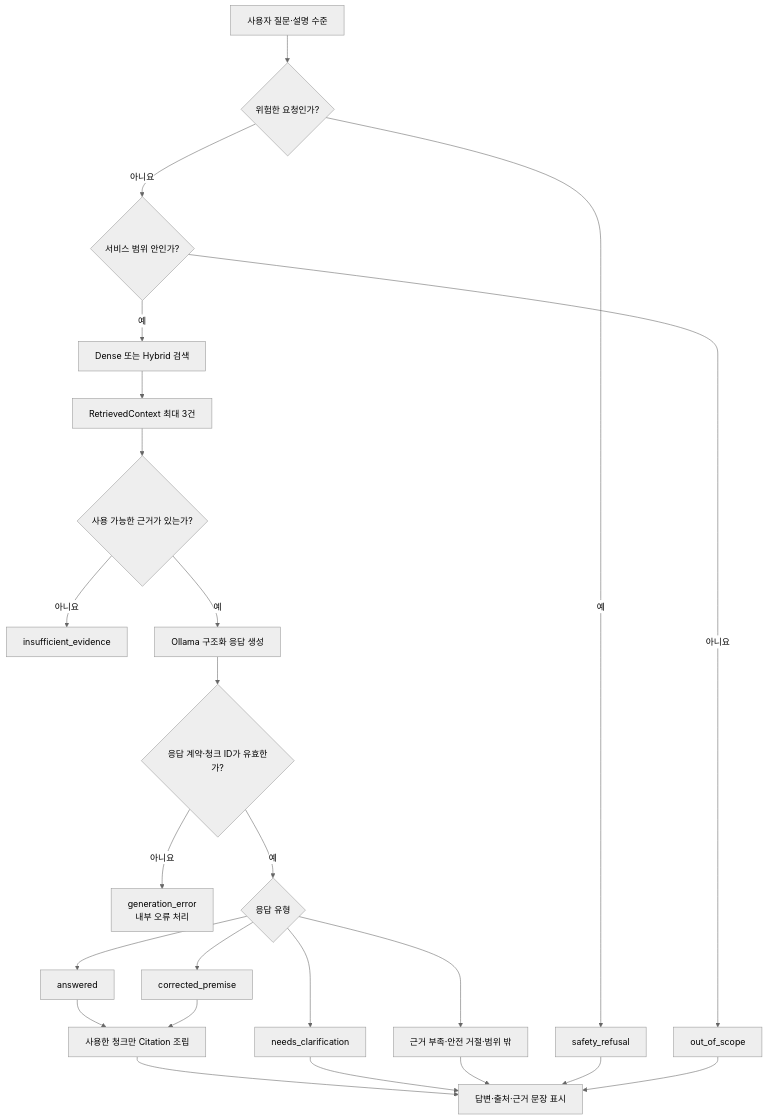
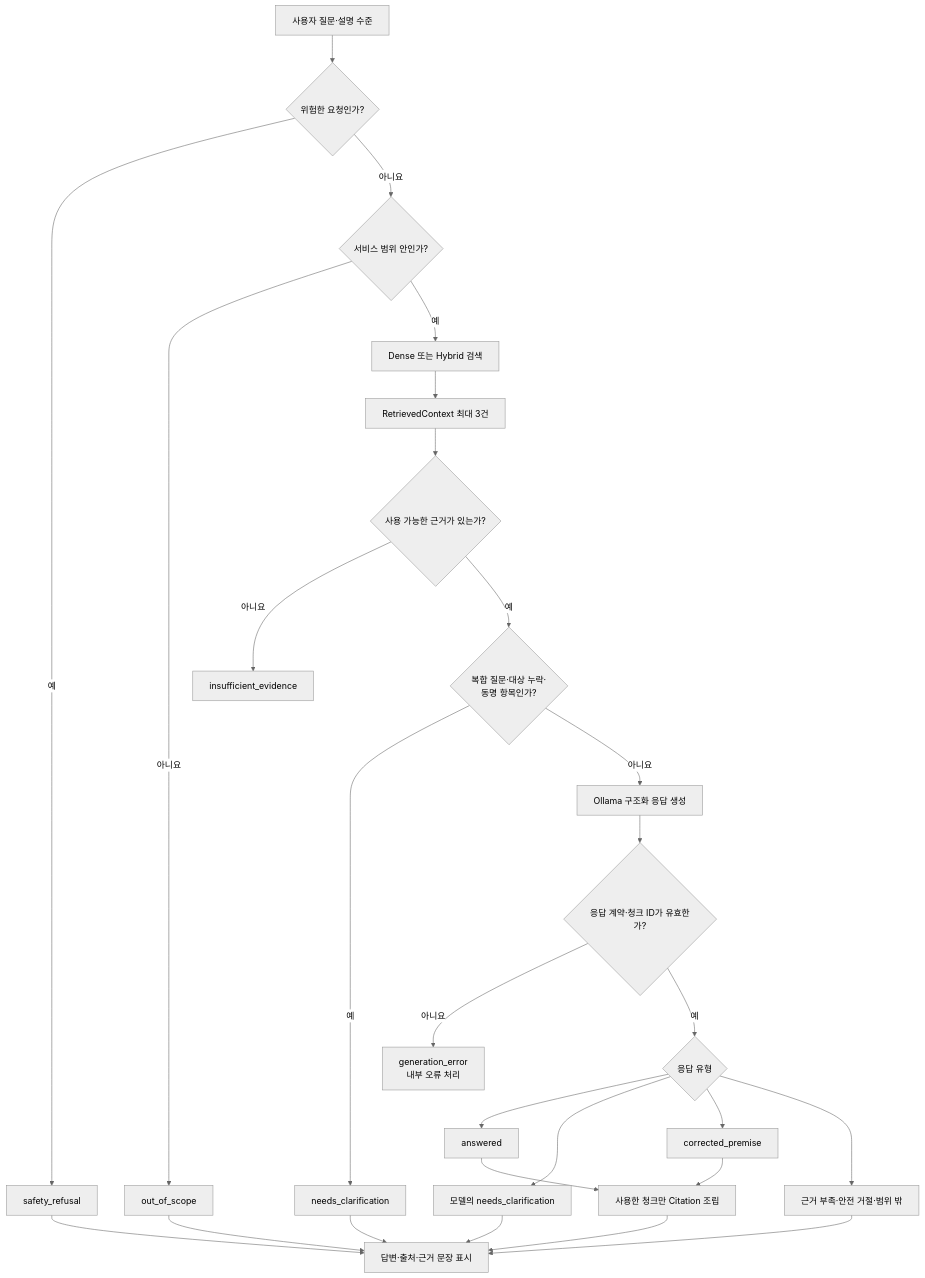
One commit to SpicyAutumn/SKN33-3rd-1Team changed the third of 3 diagrams in docs/03_system_architecture.md. Above: the diagram before and after it, drawn with Mermaid (neutral theme). The commit also changed other lines of this file and 4 other files, not shown here.

````diff
--- a/docs/03_system_architecture.md
+++ b/docs/03_system_architecture.md
@@ -100,26 +100,29 @@
 ```mermaid
 flowchart TB
     Q[사용자 질문·설명 수준] --> SAFE{위험한 요청인가?}
     SAFE -- 예 --> SR[safety_refusal]
     SAFE -- 아니요 --> SCOPE{서비스 범위 안인가?}
     SCOPE -- 아니요 --> OUT[out_of_scope]
     SCOPE -- 예 --> SEARCH[Dense 또는 Hybrid 검색]
     SEARCH --> CONTEXT[RetrievedContext 최대 3건]
     CONTEXT --> EVIDENCE{사용 가능한 근거가 있는가?}
     EVIDENCE -- 아니요 --> IE[insufficient_evidence]
-    EVIDENCE -- 예 --> GEN[Ollama 구조화 응답 생성]
+    EVIDENCE -- 예 --> CLARITY{복합 질문·대상 누락·<br/>동명 항목인가?}
+    CLARITY -- 예 --> CLARIFY[needs_clarification]
+    CLARITY -- 아니요 --> GEN[Ollama 구조화 응답 생성]
     GEN --> CHECK{응답 계약·청크 ID가 유효한가?}
     CHECK -- 아니요 --> ERR[generation_error<br/>내부 오류 처리]
     CHECK -- 예 --> TYPE{응답 유형}
     TYPE --> ANSWER[answered]
-    TYPE --> CLARIFY[needs_clarification]
+    TYPE --> MODEL_CLARIFY[모델의 needs_clarification]
     TYPE --> CORRECT[corrected_premise]
     TYPE --> OTHER[근거 부족·안전 거절·범위 밖]
     ANSWER --> CITATION[사용한 청크만 Citation 조립]
     CORRECT --> CITATION
     CITATION --> VIEW[답변·출처·근거 문장 표시]
     CLARIFY --> VIEW
+    MODEL_CLARIFY --> VIEW
     OTHER --> VIEW
     SR --> VIEW
     OUT --> VIEW
 ```
````
